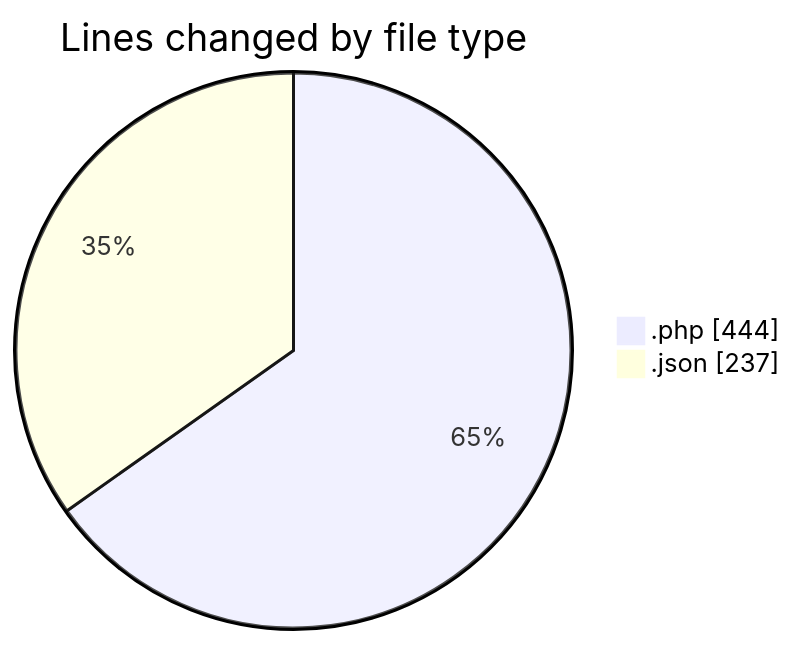
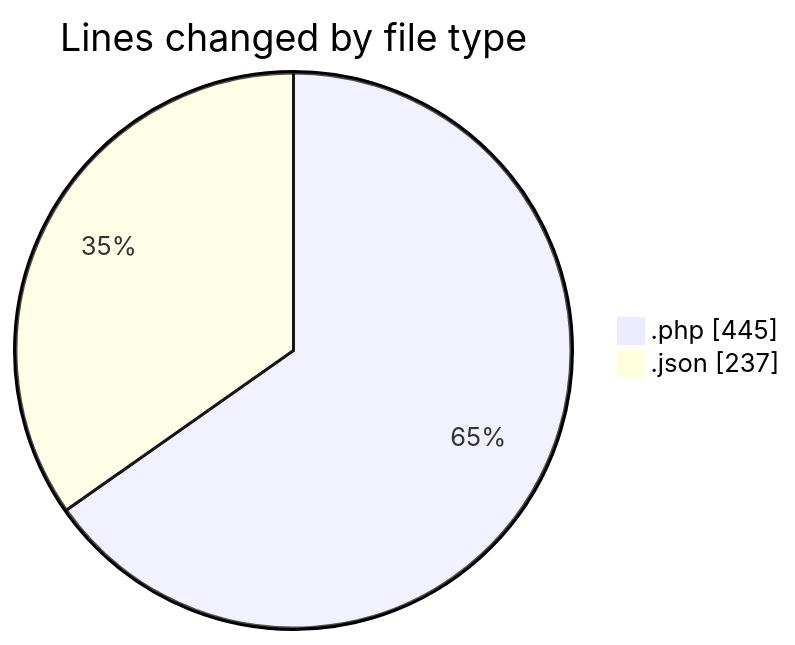
Before and after one commit to idhammustaqopulfikri/code-tracking: the first of 2 diagrams in 2025-06-02/studio-backend/README.md, drawn with Mermaid. The commit also changed other lines of this file and 1 other file, not shown here.

````diff
--- a/2025-06-02/studio-backend/README.md
+++ b/2025-06-02/studio-backend/README.md
@@ -27,6 +27,6 @@
 ```mermaid
 pie showData
 title Lines changed by file type
-".php" : 444
+".php" : 445
 ".json" : 237
 ```
````
